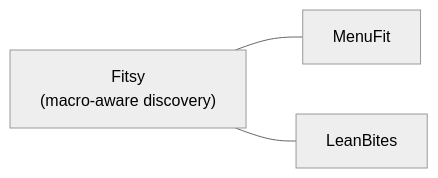
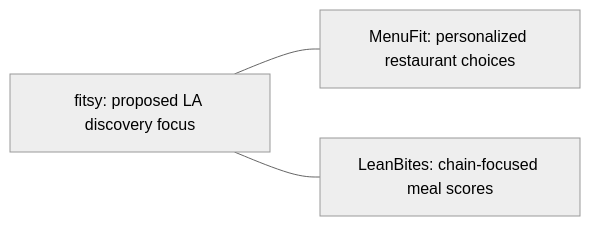
The diagram in docs/product/competitors.md (dgmolla/fitsy), drawn with Mermaid (neutral theme) before and after one commit. The commit also changed other lines of this file and 10 other files, not shown here.

````diff
--- a/docs/product/competitors.md
+++ b/docs/product/competitors.md
@@ -5,8 +8,8 @@
 ```mermaid
 graph LR
-    Fitsy["Fitsy\n(macro-aware discovery)"]
-    MenuFit["MenuFit"]
-    LeanBites["LeanBites"]
+    Fitsy["fitsy: proposed LA discovery focus"]
+    MenuFit["MenuFit: personalized restaurant choices"]
+    LeanBites["LeanBites: chain-focused meal scores"]
     Fitsy --- MenuFit
     Fitsy --- LeanBites
 ```
````
